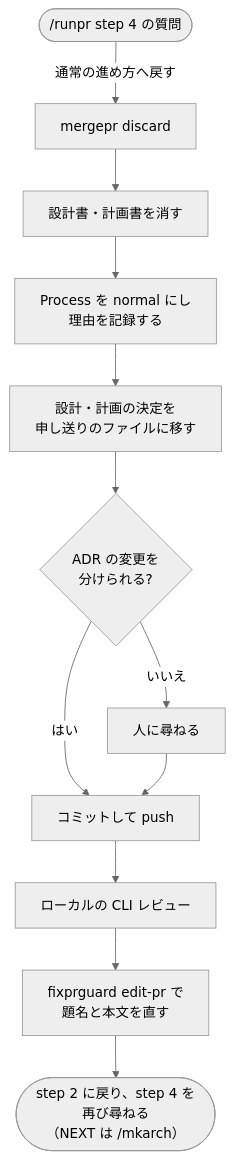
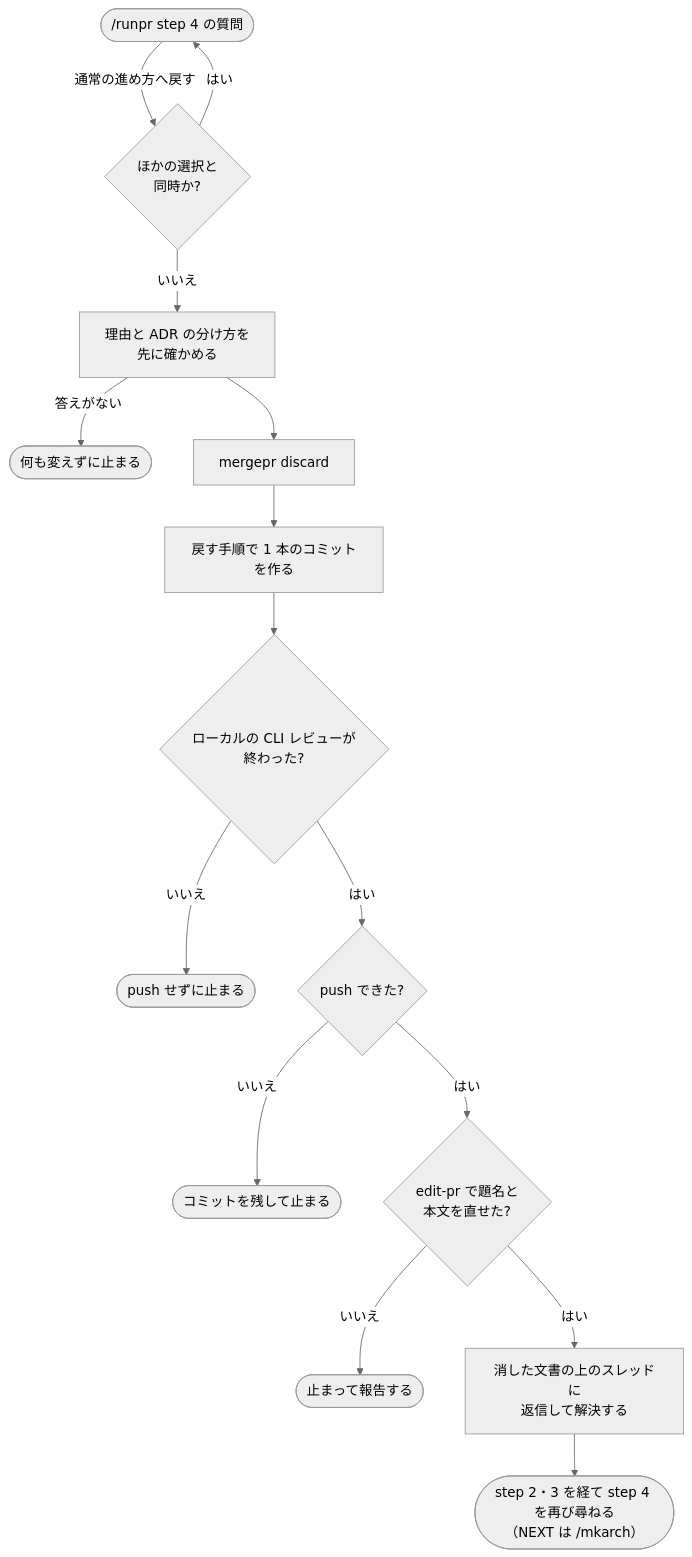
Before and after one commit to isseis/yt2column: the sixth of 7 diagrams in docs/tasks/0072_simple_task_documents/02_architecture.md, drawn with Mermaid (neutral theme). The commit also changed other lines of this file and 1 other file, not shown here.

First line of the commit message:
docs(0072): address the design review of the simplified task-document flow

````diff
--- a/docs/tasks/0072_simple_task_documents/02_architecture.md
+++ b/docs/tasks/0072_simple_task_documents/02_architecture.md
@@ -475,14 +554,17 @@
 ```mermaid
 flowchart TD
-    Q(["/runpr step 4 の質問"]) -->|"通常の進め方へ戻す"| D["mergepr discard"]
-    D --> Rm["設計書・計画書を消す"]
-    Rm --> Rec["Process を normal にし<br>理由を記録する"]
-    Rec --> Hand["設計・計画の決定を<br>申し送りのファイルに移す"]
-    Hand --> ADR{"ADR の変更を<br>分けられる?"}
-    ADR -->|"いいえ"| AskH["人に尋ねる"]
-    ADR -->|"はい"| Commit["コミットして push"]
-    AskH --> Commit
-    Commit --> Local["ローカルの CLI レビュー"]
-    Local --> Edit["fixprguard edit-pr で<br>題名と本文を直す"]
-    Edit --> Again(["step 2 に戻り、step 4 を再び尋ねる<br>（NEXT は /mkarch）"])
+    Q(["/runpr step 4 の質問"]) -->|"通常の進め方へ戻す"| Conf{"ほかの選択と<br>同時か?"}
+    Conf -->|"はい"| Q
+    Conf -->|"いいえ"| AskAll["理由と ADR の分け方を<br>先に確かめる"]
+    AskAll -->|"答えがない"| Stop0(["何も変えずに止まる"])
+    AskAll --> D["mergepr discard"]
+    D --> Commit["戻す手順で 1 本のコミットを作る"]
+    Commit --> Local{"ローカルの CLI レビューが<br>終わった?"}
+    Local -->|"いいえ"| Stop3(["push せずに止まる"])
+    Local -->|"はい"| Push{"push できた?"}
+    Push -->|"いいえ"| Stop1(["コミットを残して止まる"])
+    Push -->|"はい"| Edit{"edit-pr で題名と<br>本文を直せた?"}
+    Edit -->|"いいえ"| Stop2(["止まって報告する"])
+    Edit -->|"はい"| Threads["消した文書の上のスレッドに<br>返信して解決する"]
+    Threads --> Again(["step 2・3 を経て step 4 を再び尋ねる<br>（NEXT は /mkarch）"])
 ```
````
